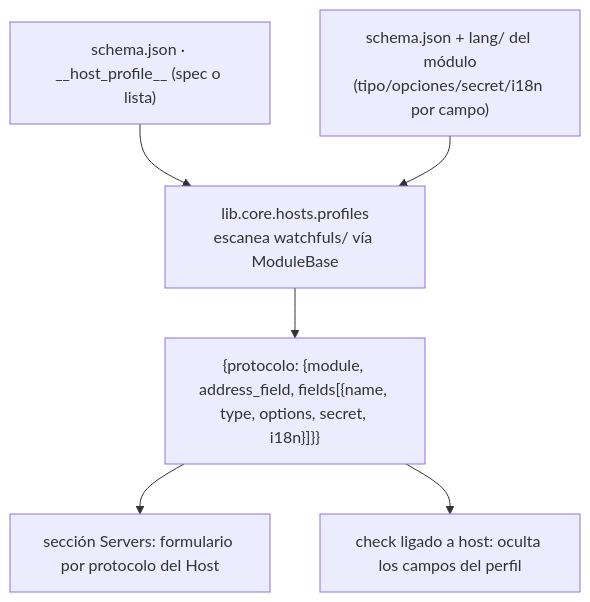
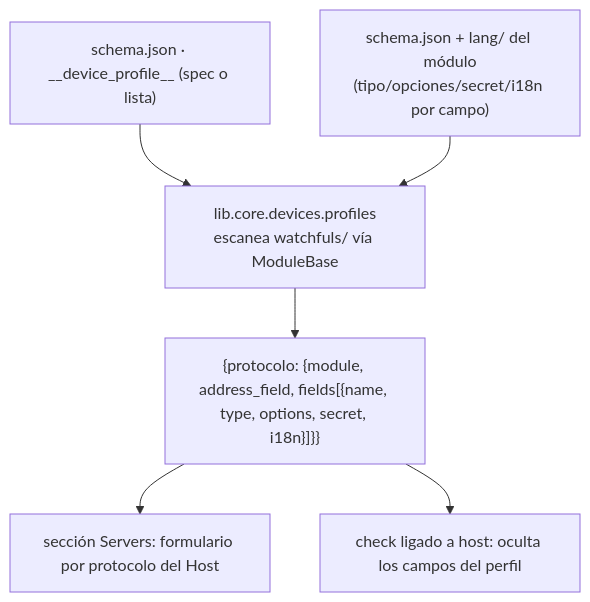
One commit to vsc55/ServiceSentry changed the seventh of 16 diagrams in docs/explica-descubrimiento.md. Above: the diagram before and after it, drawn with Mermaid. The commit also changed other lines of this file and 434 other files, not shown here.

````diff
--- a/docs/explica-descubrimiento.md
+++ b/docs/explica-descubrimiento.md
@@ -492,10 +492,10 @@
 ```mermaid
 flowchart TB
-    decl["schema.json · __host_profile__ (spec o lista)"]
+    decl["schema.json · __device_profile__ (spec o lista)"]
     meta["schema.json + lang/ del módulo<br/>(tipo/opciones/secret/i18n por campo)"]
-    decl --> disc["lib.core.hosts.profiles<br/>escanea watchfuls/ vía ModuleBase"]
+    decl --> disc["lib.core.devices.profiles<br/>escanea watchfuls/ vía ModuleBase"]
     meta --> disc
     disc --> map["{protocolo: {module, address_field, fields[{name, type, options, secret, i18n}]}}"]
     map --> ui["sección Servers: formulario por protocolo del Host"]
     map --> hide["check ligado a host: oculta los campos del perfil"]
 ```
````
